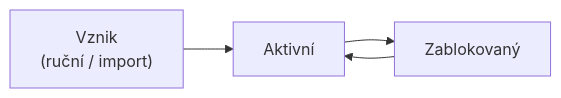
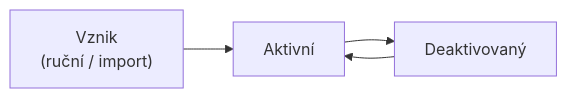
One commit to EducasoftSolutions/competent-documentation changed the diagram in docs/pro-administratory/concepts/uzivatel.md. Above: the diagram before and after it, drawn with Mermaid. The commit also changed other lines of this file and 5 other files, not shown here.

````diff
--- a/docs/pro-administratory/concepts/uzivatel.md
+++ b/docs/pro-administratory/concepts/uzivatel.md
@@ -78,10 +78,10 @@
 ```mermaid
 graph LR
     A["Vznik\n(ruční / import)"]
     B["Aktivní"]
-    C["Zablokovaný"]
+    C["Deaktivovaný"]
 
     A --> B
     B --> C
     C --> B
 ```
````
